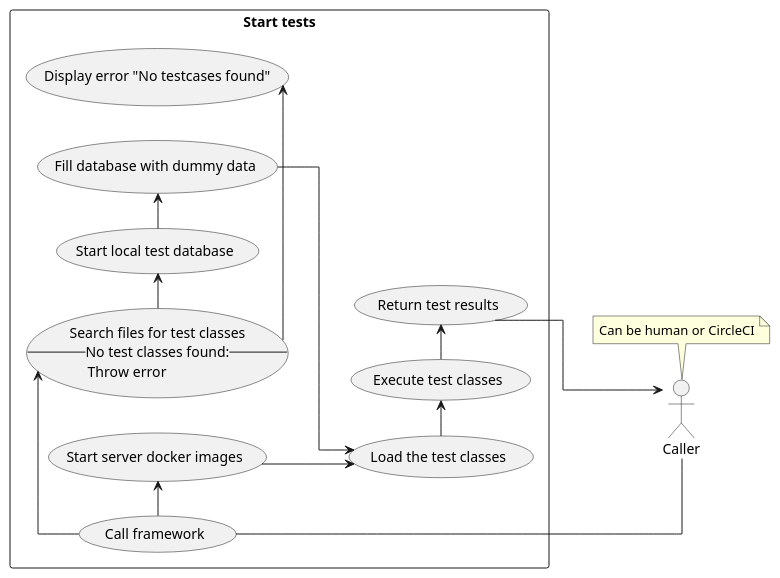
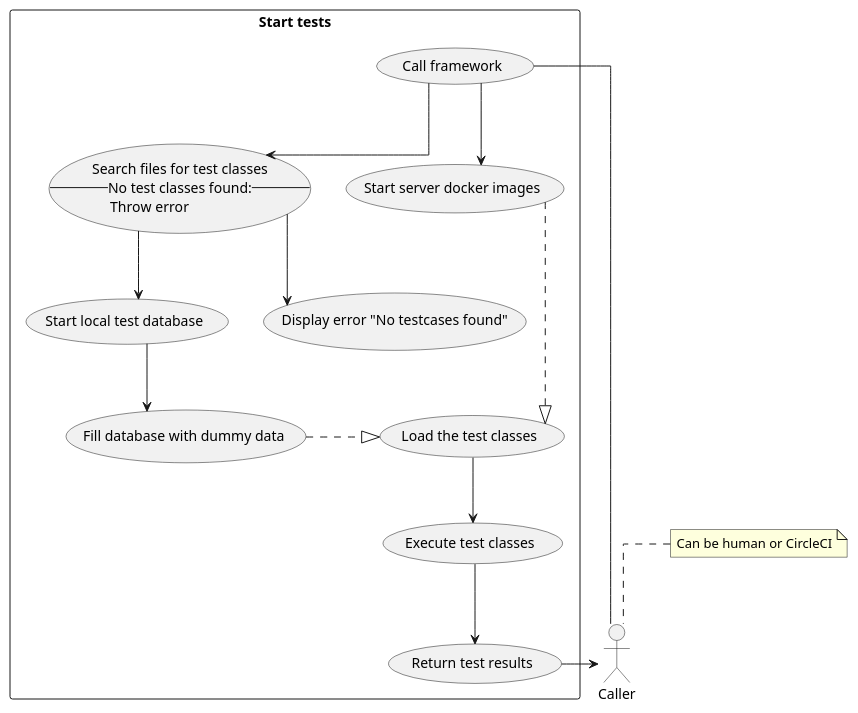
One commit to dannypas00/bouw7-uml changed the diagram in Scenarios/StartTests.plantuml. Above: the diagram before and after it, drawn with PlantUML. The commit also changed 8 other files, not shown here.

Commit message:
Updated and fixed some diagrams

```diff
--- a/Scenarios/StartTests.plantuml
+++ b/Scenarios/StartTests.plantuml
@@ -1,36 +1,34 @@
 @startuml usecase
-left to right direction
 skinparam linetype ortho
 
 actor caller as "Caller"
-
 note top of caller: Can be human or CircleCI
 
 rectangle "Start tests" {
     usecase start as "Call framework"
     usecase search as "Search files for test classes
     --No test classes found:--
     Throw error"
     usecase db as "Start local test database"
     usecase init as "Fill database with dummy data"
     usecase servers as "Start server docker images"
     usecase load as "Load the test classes"
     usecase execute as "Execute test classes"
     usecase return as "Return test results"
     usecase error as "Display error "No testcases found""
 }
 
-caller -- start
-search -> error
+caller- start
+search --> error
 
-start -> search
-search -> db
-db -> init
-start -> servers
-servers --> load
-init --> load
-load -> execute
-execute -> return
-return --> caller
+start --> search
+search --> db
+db --> init
+start --> servers
+servers .|> load
+init .|> load
+load --> execute
+execute --> return
+return -> caller
 
 @enduml
```
